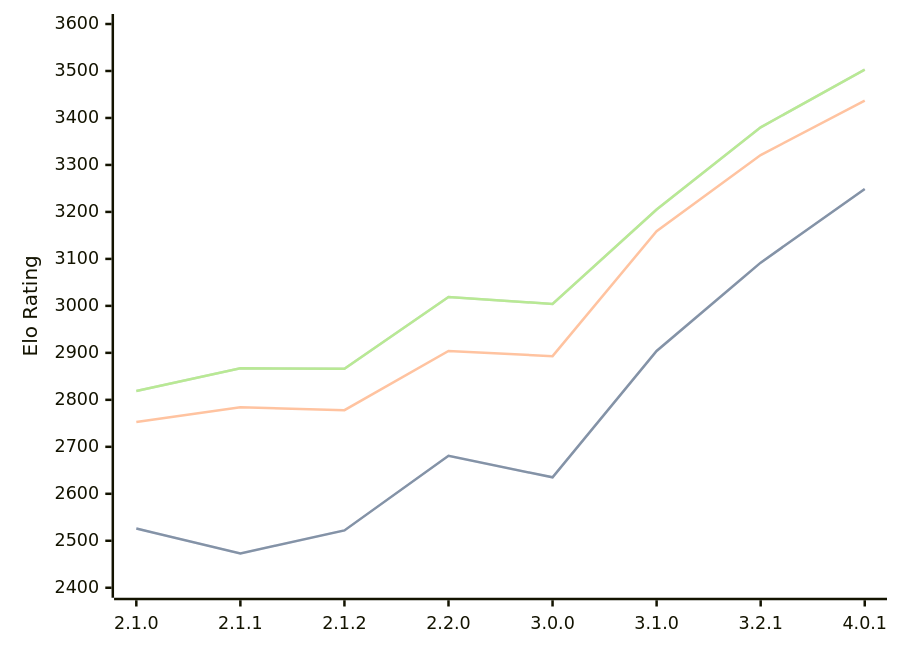
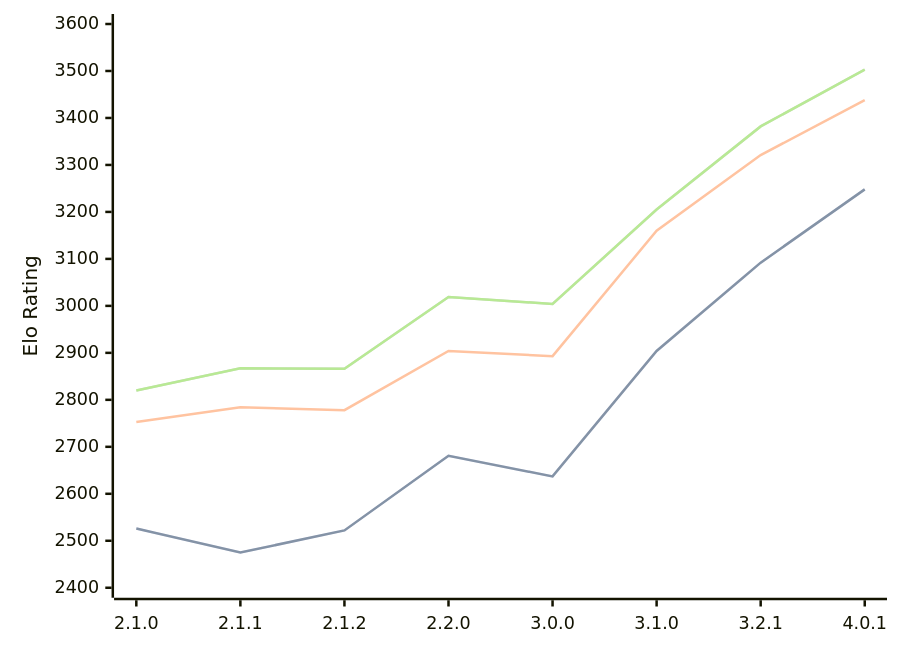
Before and after one commit to computer-chess-index/cci: the diagram in engines/Prune.md, drawn with Mermaid. The commit also changed other lines of this file, not shown here.

Commit message:
Update CCI Ratings (ELO VLTC) - 2026-08-23

````diff
--- a/engines/Prune.md
+++ b/engines/Prune.md
@@ -40,11 +40,11 @@
 ```mermaid
 %%{init: {"theme":"base","themeVariables":{"seriesColors:['#a3a3a3','#222221','#faa371']}}}%%
 xychart-beta
   x-axis ["2.1.0", "2.1.1", "2.1.2", "2.2.0", "3.0.0", "3.1.0", "3.2.1", "4.0.1"]
   y-axis "Elo Rating" 2400 --> 3600
-  line "STC (8.0+0.08s)" [2526, 2473, 2522, 2681, 2635, 2904, 3092, 3249]
-  line "STC (8.0+0.08s)" [2526, 2473, 2522, 2681, 2635, 2904, 3092, 3249]
-  line "LTC (60.0+0.60s)" [2753, 2784, 2778, 2904, 2893, 3159, 3321, 3437]
-  line "VLTC (2m24s+1.12s)" [2819, 2867, 2866, 3019, 3004, 3205, 3380, 3503]
-  line "VLTC (2m24s+1.12s)" [2819, 2867, 2866, 3019, 3004, 3205, 3380, 3503]
+  line "STC (8.0+0.08s)" [2526, 2475, 2522, 2681, 2637, 2904, 3092, 3248]
+  line "STC (8.0+0.08s)" [2526, 2475, 2522, 2681, 2637, 2904, 3092, 3248]
+  line "LTC (60.0+0.60s)" [2753, 2784, 2778, 2904, 2893, 3160, 3321, 3438]
+  line "VLTC (2m24s+1.12s)" [2820, 2867, 2866, 3019, 3004, 3205, 3382, 3503]
+  line "VLTC (2m24s+1.12s)" [2820, 2867, 2866, 3019, 3004, 3205, 3382, 3503]
 ```
````
